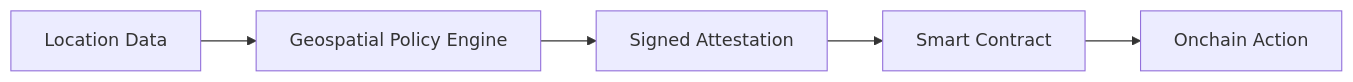
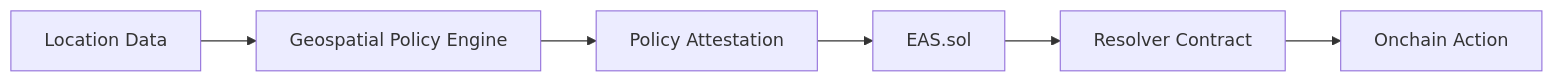
The first of 2 diagrams in introduction.mdx (AstralProtocol/mintlify-docs), drawn with Mermaid before and after one commit. The commit also changed other lines of this file and 26 other files, not shown here.

````diff
--- a/introduction.mdx
+++ b/introduction.mdx
@@ -34,7 +34,8 @@
 ```mermaid
 graph LR
     A[Location Data] --> B[Geospatial Policy Engine]
-    B --> C[Signed Attestation]
-    C --> D[Smart Contract]
-    D --> E[Onchain Action]
+    B --> C[Policy Attestation]
+    C --> D[EAS.sol]
+    D --> E[Resolver Contract]
+    E --> F[Onchain Action]
 ```
````
